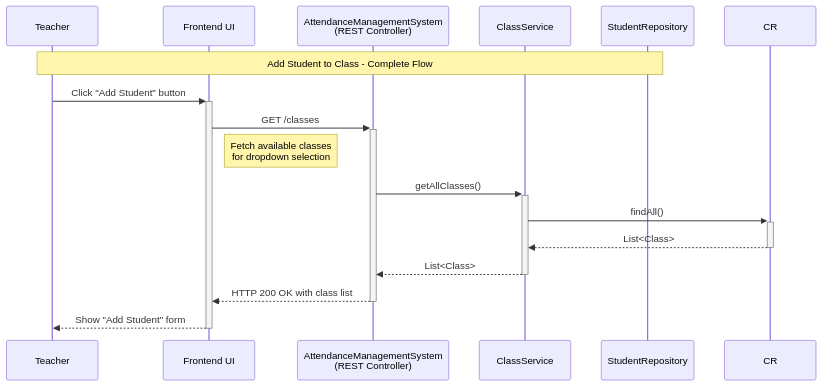
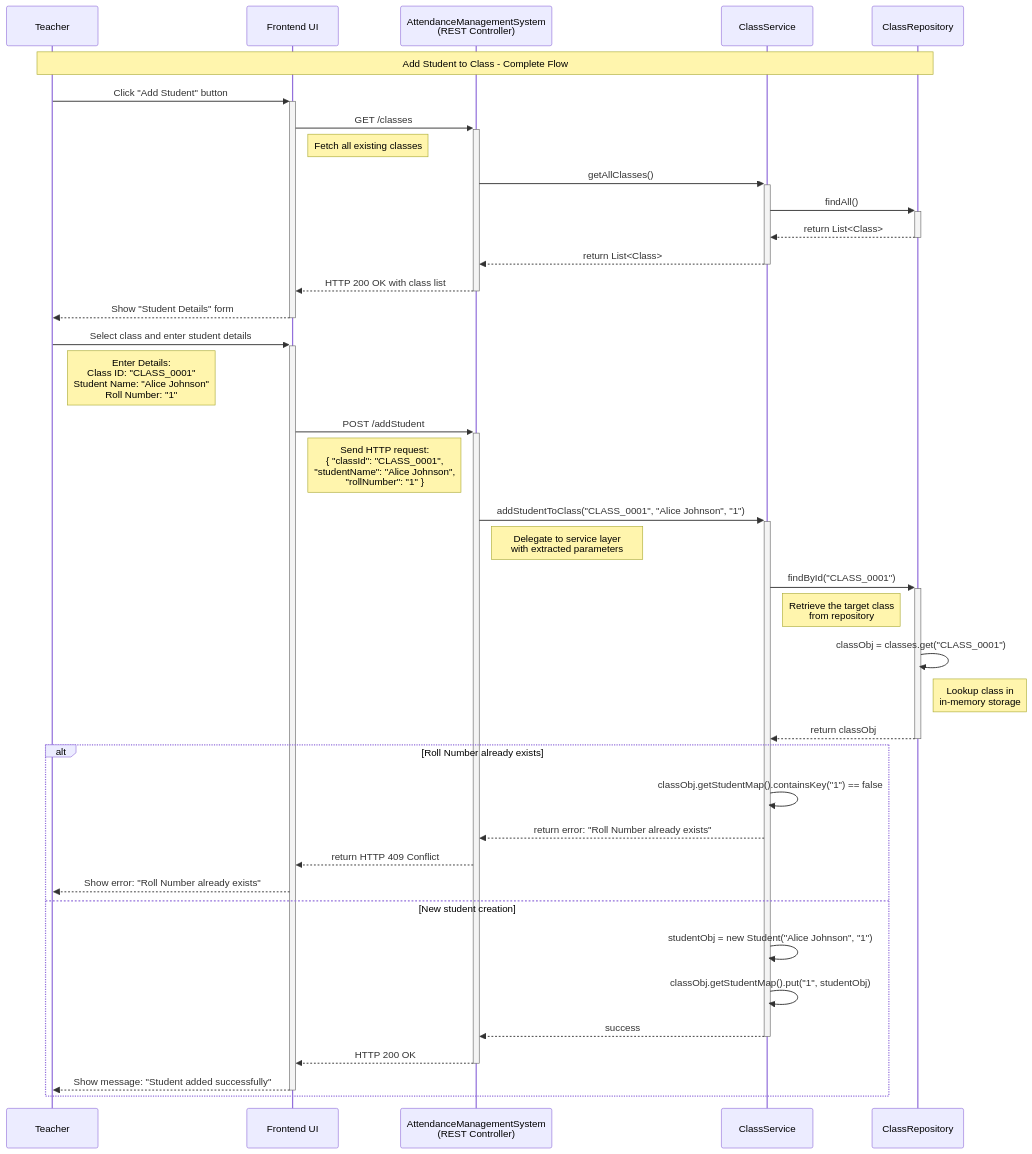
The second of 2 diagrams in Backend Engineering/Case Studies/Case Study 1. Attendance Management System/2. Sequence Flow.md (NishchayAnand/software-engineering), drawn with Mermaid before and after one commit. The commit also changed other lines of this file, not shown here.

Commit message:
add student to class use case for attendance management system

````diff
--- a/Backend Engineering/Case Studies/Case Study 1. Attendance Management System/2. Sequence Flow.md
+++ b/Backend Engineering/Case Studies/Case Study 1. Attendance Management System/2. Sequence Flow.md
@@ -77,21 +79,45 @@
 ```mermaid
 sequenceDiagram
 	participant T as Teacher
 	participant UI as Frontend UI
 	participant AMS as AttendanceManagementSystem<br/>(REST Controller)
 	participant CS as ClassService
-	participant SR as StudentRepository
+	participant CR as ClassRepository
 
-	Note over T,SR: Add Student to Class - Complete Flow
+	Note over T,CR: Add Student to Class - Complete Flow
 
 	T->>+UI: Click "Add Student" button
 	UI->>+AMS: GET /classes
-	Note right of UI: Fetch available classes<br/>for dropdown selection
+	Note right of UI: Fetch all existing classes
 	AMS->>+CS: getAllClasses()
 	CS->>+CR: findAll()
-	CR-->>-CS: List<Class>
-	CS-->>-AMS: List<Class>
+	CR-->>-CS: return List<Class>
+	CS-->>-AMS: return List<Class>
 	AMS-->>-UI: HTTP 200 OK with class list
-	UI-->>-T: Show "Add Student" form
+	UI-->>-T: Show "Student Details" form
 
+	T->>+UI: Select class and enter student details
+	Note right of T: Enter Details:<br/>Class ID: "CLASS_0001"<br/>Student Name: "Alice Johnson" <br/>Roll Number: "1"
+	UI->>+AMS: POST /addStudent
+	Note right of UI: Send HTTP request:<br/>{ "classId": "CLASS_0001",<br/> "studentName": "Alice Johnson",<br/> "rollNumber": "1" }
+	AMS->>+CS: addStudentToClass("CLASS_0001", "Alice Johnson", "1")
+	Note right of AMS: Delegate to service layer<br/>with extracted parameters
+	CS->>+CR: findById("CLASS_0001")
+	Note right of CS: Retrieve the target class<br/>from repository
+	CR->>CR: classObj = classes.get("CLASS_0001")
+	Note right of CR: Lookup class in<br/>in-memory storage
+	CR-->>-CS: return classObj
+
+	alt Roll Number already exists
+		CS->>CS: classObj.getStudentMap().containsKey("1") == false
+		CS-->>AMS: return error: "Roll Number already exists"
+		AMS-->>UI: return HTTP 409 Conflict
+		UI-->>T: Show error: "Roll Number already exists"
+	else New student creation
+		CS->>CS: studentObj = new Student("Alice Johnson", "1")
+		CS->>CS: classObj.getStudentMap().put("1", studentObj)
+		CS-->>-AMS: success
+		AMS-->>-UI: HTTP 200 OK
+		UI-->>-T: Show message: "Student added successfully"
+	end
 ```
````
